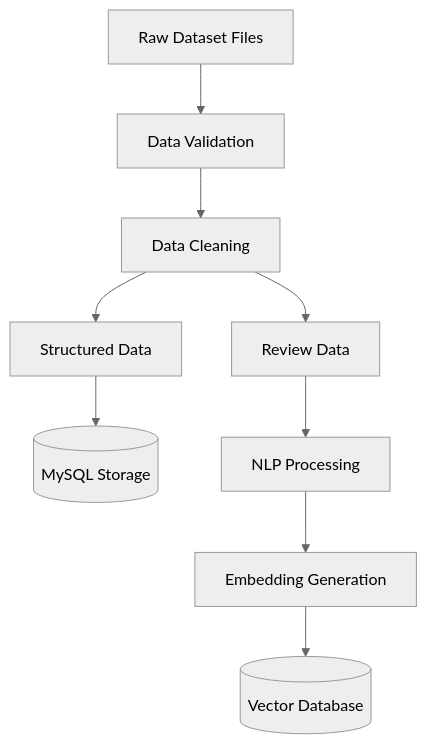
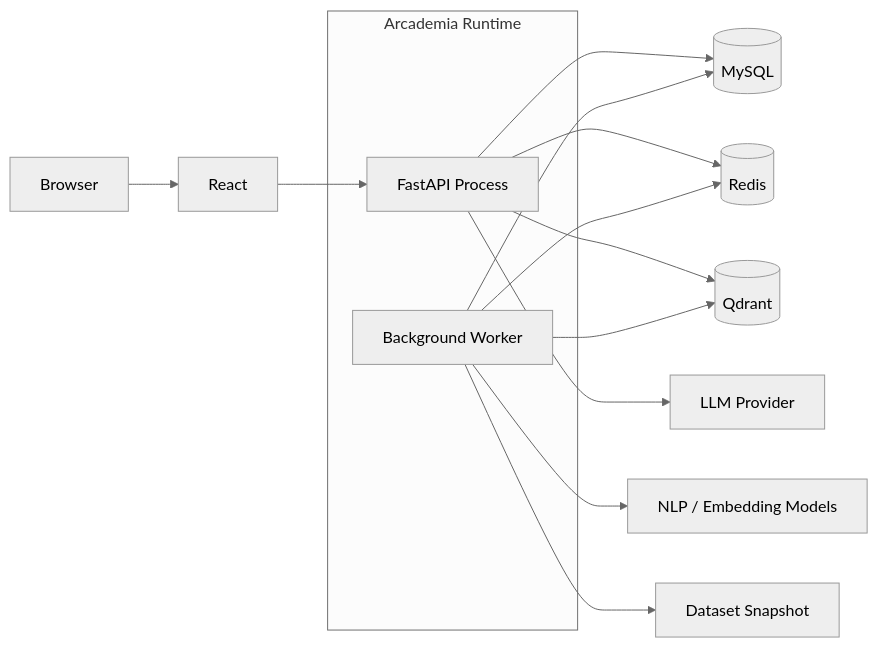
One commit to Rachit47/Arcademia-AI changed the fourth of 9 diagrams in docs/ArcademiaAI_Software_Design_Document.md. Above: the diagram before and after it, drawn with Mermaid (neutral theme). The commit also changed other lines of this file, not shown here.

````diff
--- a/docs/ArcademiaAI_Software_Design_Document.md
+++ b/docs/ArcademiaAI_Software_Design_Document.md
@@ -981,22 +632,21 @@
 ```mermaid
-flowchart TD
+flowchart LR
+    Browser[Browser] --> Web[React]
+    Web --> API[FastAPI Process]
 
-Raw[Raw Dataset Files]
-Validation[Data Validation]
-Cleaning[Data Cleaning]
-Structured[Structured Data]
-ReviewData[Review Data]
-MySQL[(MySQL Storage)]
-NLP[NLP Processing]
-Embedding[Embedding Generation]
-Vector[(Vector Database)]
+    subgraph Runtime[Arcademia Runtime]
+        API
+        Worker[Background Worker]
+    end
 
-Raw --> Validation
-Validation --> Cleaning
-Cleaning --> Structured
-Cleaning --> ReviewData
-Structured --> MySQL
-ReviewData --> NLP
-NLP --> Embedding
-Embedding --> Vector
+    API --> DB[(MySQL)]
+    API --> Cache[(Redis)]
+    API --> Vector[(Qdrant)]
+    API --> LLM[LLM Provider]
+
+    Worker --> DB
+    Worker --> Cache
+    Worker --> Vector
+    Worker --> Models[NLP / Embedding Models]
+    Worker --> Source[Dataset Snapshot]
 ```
````
